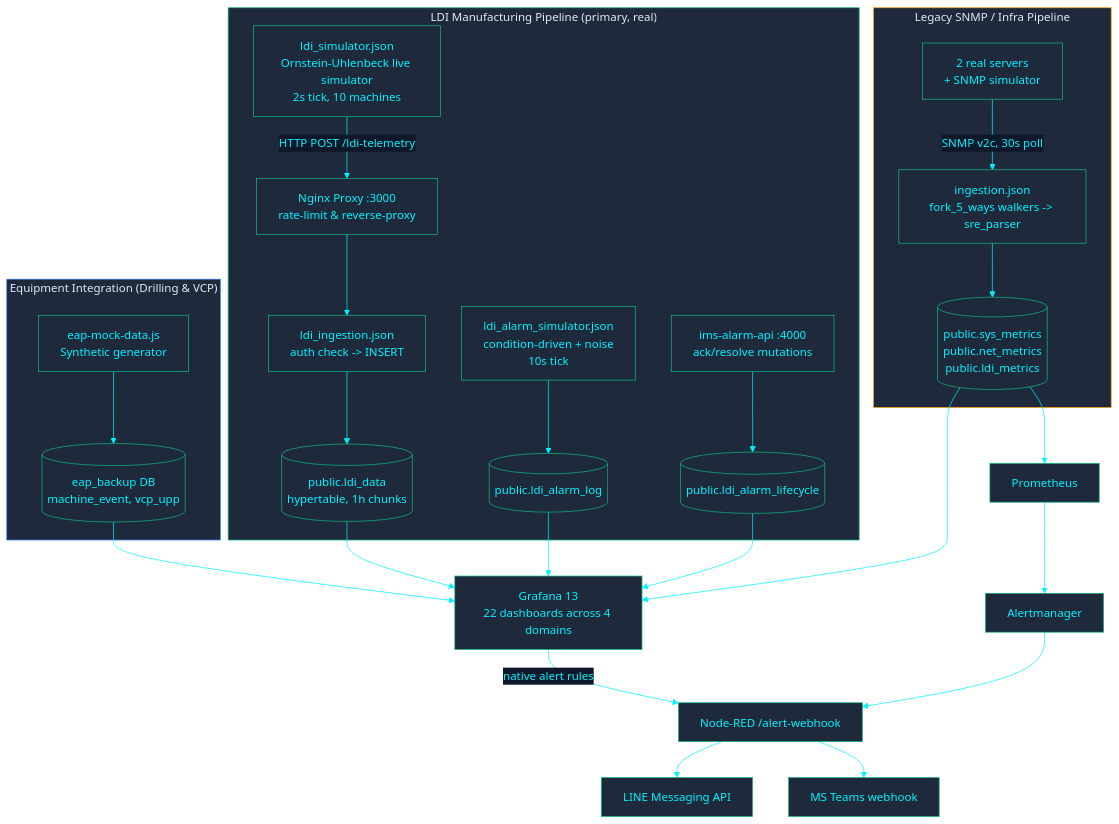
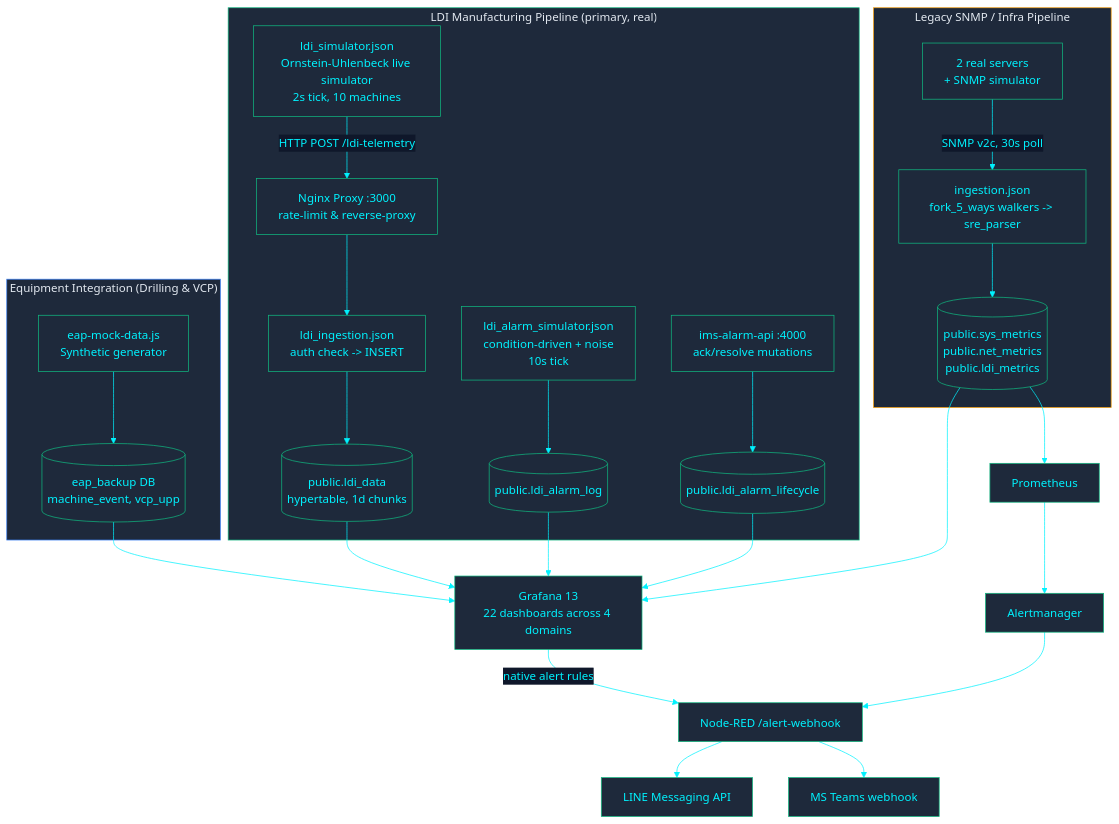
One commit to PATTANAKORN025/IMS changed the diagram in docs/architecture/ARCHITECTURE.md. Above: the diagram before and after it, drawn with Mermaid. The commit also changed other lines of this file and 50 other files, not shown here.

First line of the commit message:
docs: align architecture facts, topologies, and tri-language mirrors

````diff
--- a/docs/architecture/ARCHITECTURE.md
+++ b/docs/architecture/ARCHITECTURE.md
@@ -28,35 +28,35 @@
 ```mermaid
 %%{init: {'theme': 'base', 'themeVariables': { 'primaryColor': '#1e293b', 'primaryTextColor': '#00F2FE', 'primaryBorderColor': '#10B981', 'lineColor': '#00F2FE', 'secondaryColor': '#0f172a', 'tertiaryColor': '#0f172a', 'clusterBkg': '#030407', 'clusterBorder': '#00F2FE'}}}%%
 flowchart TB
  subgraph LDI ["LDI Manufacturing Pipeline (primary, real)"]
   SIM["ldi_simulator.json\nOrnstein-Uhlenbeck live simulator\n2s tick, 10 machines"] -->|"HTTP POST /ldi-telemetry"| PROXY["Nginx Proxy :3000\nrate-limit & reverse-proxy"]
   PROXY --> ING["ldi_ingestion.json\nauth check -> INSERT"]
-  ING --> LDIDATA[("public.ldi_data\nhypertable, 1h chunks")]
+  ING --> LDIDATA[("public.ldi_data\nhypertable, 1d chunks")]
   ALMSIM["ldi_alarm_simulator.json\ncondition-driven + noise\n10s tick"] --> ALARMLOG[("public.ldi_alarm_log")]
   ALARMAPI["ims-alarm-api :4000\nack/resolve mutations"] --> ALARMLC[("public.ldi_alarm_lifecycle")]
  end
 
  subgraph LEGACY ["Legacy SNMP / Infra Pipeline"]
   DEV["2 real servers\n+ SNMP simulator"] -->|"SNMP v2c, 30s poll"| NR["ingestion.json\nfork_5_ways walkers -> sre_parser"]
   NR --> SYSMETRICS[("public.sys_metrics\npublic.net_metrics\npublic.ldi_metrics")]
  end
 
  subgraph EAP ["Equipment Integration (Drilling & VCP)"]
   MOCK["eap-mock-data.js\nSynthetic generator"] --> EAPDB[("eap_backup DB\nmachine_event, vcp_upp")]
  end
 
  LDIDATA --> GRAFANA["Grafana 13\n22 dashboards across 4 domains"]
  ALARMLOG --> GRAFANA
  ALARMLC --> GRAFANA
  SYSMETRICS --> GRAFANA
  EAPDB --> GRAFANA
  SYSMETRICS --> PROM["Prometheus"]
  GRAFANA -->|"native alert rules"| NRWEBHOOK["Node-RED /alert-webhook"]
  PROM --> AM["Alertmanager"] --> NRWEBHOOK
  NRWEBHOOK --> LINE["LINE Messaging API"]
  NRWEBHOOK --> TEAMS["MS Teams webhook"]
 
  style LDI fill:#1e293b,stroke:#10B981,color:#e2e8f0
  style LEGACY fill:#1e293b,stroke:#F59E0B,color:#e2e8f0
  style EAP fill:#1e293b,stroke:#3B82F6,color:#e2e8f0
 ```
````
